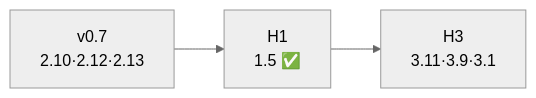
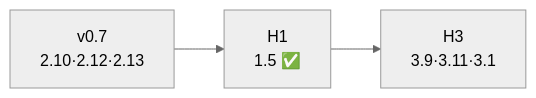
The second of 2 diagrams in docs/PLAN.md (segallar/fit-sinc), drawn with Mermaid (neutral theme) before and after one commit. The commit also changed other lines of this file and 69 other files, not shown here.

````diff
--- a/docs/PLAN.md
+++ b/docs/PLAN.md
@@ -182,7 +187,7 @@
 ```mermaid
 flowchart LR
   V07["v0.7\n2.10·2.12·2.13"]
   H1["H1\n1.5 ✅"]
-  H3["H3\n3.11·3.9·3.1"]
+  H3["H3\n3.9·3.11·3.1"]
   V07 --> H1 --> H3
 ```
````
